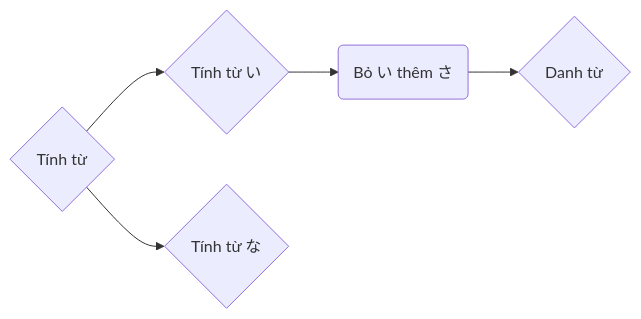
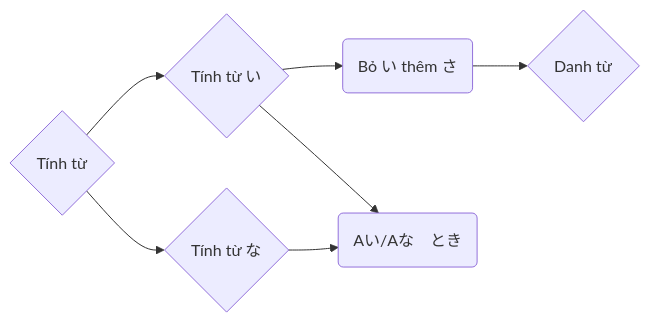
Before and after one commit to tea1504/learn: the diagram in Tinh_Tu_graph.md, drawn with Mermaid. The commit also changed 32 other files, not shown here.

````diff
--- a/Tinh_Tu_graph.md
+++ b/Tinh_Tu_graph.md
@@ -1,9 +1,12 @@
 ```mermaid
 graph LR;
     A{Tính từ}
 
     A-->Ai{Tính từ い}
     A-->Ana{Tính từ な}
 
     Ai-->AiN(Bỏ い thêm さ)-->N{Danh từ}
+
+    Ai-->khi(Aい/Aな　とき)
+    Ana-->khi
 ```
````
